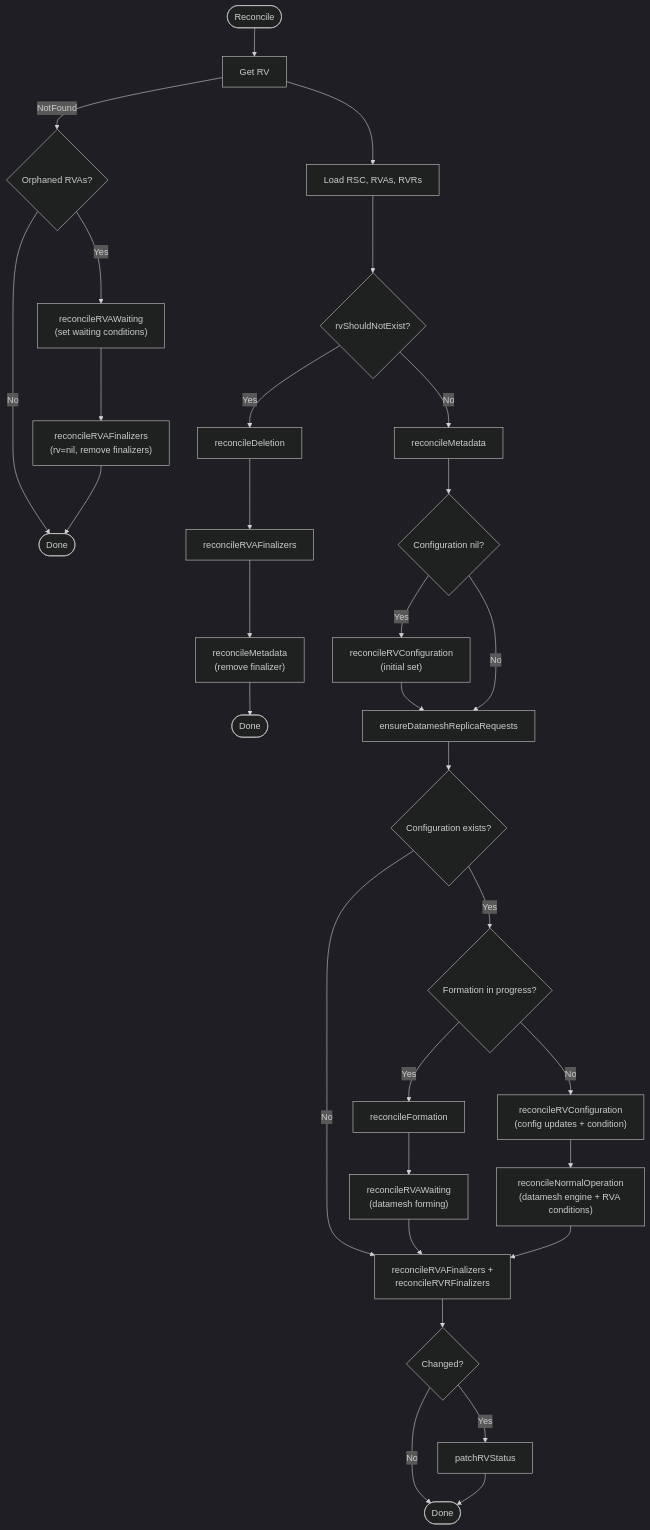
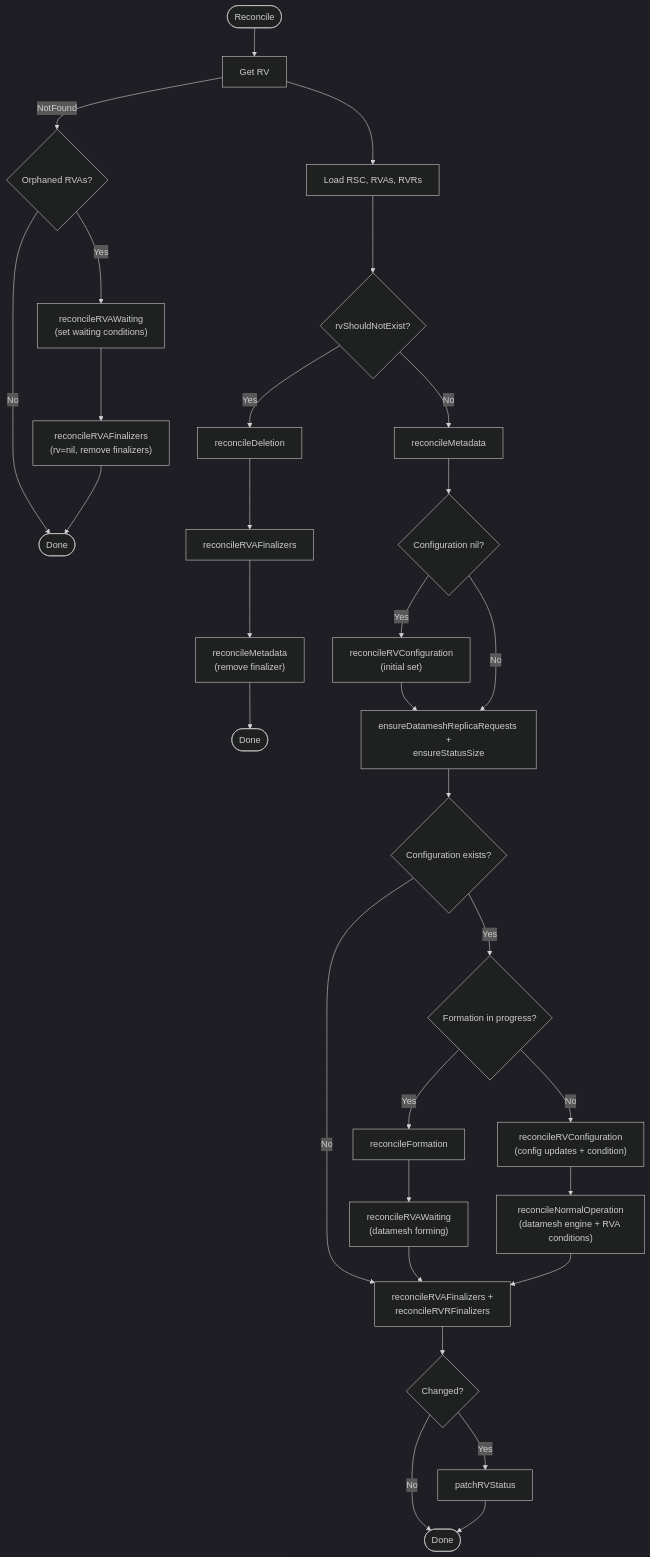
One commit to deckhouse/sds-replicated-volume changed the first of 12 diagrams in images/controller/internal/controllers/rv_controller/README.md. Above: the diagram before and after it, drawn with Mermaid (dark theme). The commit also changed other lines of this file and 32 other files, not shown here.

````diff
--- a/images/controller/internal/controllers/rv_controller/README.md
+++ b/images/controller/internal/controllers/rv_controller/README.md
@@ -148,39 +150,39 @@
 ```mermaid
 flowchart TD
     Start([Reconcile]) --> GetRV[Get RV]
     GetRV -->|NotFound| CheckOrphanedRVAs{Orphaned RVAs?}
     CheckOrphanedRVAs -->|No| Done1([Done])
     CheckOrphanedRVAs -->|Yes| OrphanedWaiting["reconcileRVAWaiting<br/>(set waiting conditions)"]
     OrphanedWaiting --> OrphanedFinalizers["reconcileRVAFinalizers<br/>(rv=nil, remove finalizers)"]
     OrphanedFinalizers --> Done1
     GetRV --> LoadDeps[Load RSC, RVAs, RVRs]
 
     LoadDeps --> CheckDelete{rvShouldNotExist?}
     CheckDelete -->|Yes| Deletion[reconcileDeletion]
     Deletion --> RVAFinDel[reconcileRVAFinalizers]
     RVAFinDel --> MetaDel["reconcileMetadata<br/>(remove finalizer)"]
     MetaDel --> Done3([Done])
 
     CheckDelete -->|No| Meta[reconcileMetadata]
     Meta --> CheckConfigNil{Configuration nil?}
     CheckConfigNil -->|Yes| InitConfig["reconcileRVConfiguration<br/>(initial set)"]
     InitConfig --> EnsurePending
     CheckConfigNil -->|No| EnsurePending
-    EnsurePending["ensureDatameshReplicaRequests"]
+    EnsurePending["ensureDatameshReplicaRequests +<br/>ensureStatusSize"]
     EnsurePending --> CheckConfig{Configuration exists?}
     CheckConfig -->|No| Finalizers
 
     CheckConfig -->|Yes| CheckForming{Formation in progress?}
     CheckForming -->|Yes| Formation[reconcileFormation]
     Formation --> FormingRVAWaiting["reconcileRVAWaiting<br/>(datamesh forming)"]
     FormingRVAWaiting --> Finalizers
     CheckForming -->|No| UpdateConfig["reconcileRVConfiguration<br/>(config updates + condition)"]
     UpdateConfig --> NormalOp["reconcileNormalOperation<br/>(datamesh engine + RVA conditions)"]
     NormalOp --> Finalizers
 
     Finalizers["reconcileRVAFinalizers +<br/>reconcileRVRFinalizers"]
     Finalizers --> PatchDecision{Changed?}
     PatchDecision -->|Yes| Patch[patchRVStatus]
     PatchDecision -->|No| EndNode([Done])
     Patch --> EndNode
 ```
````
